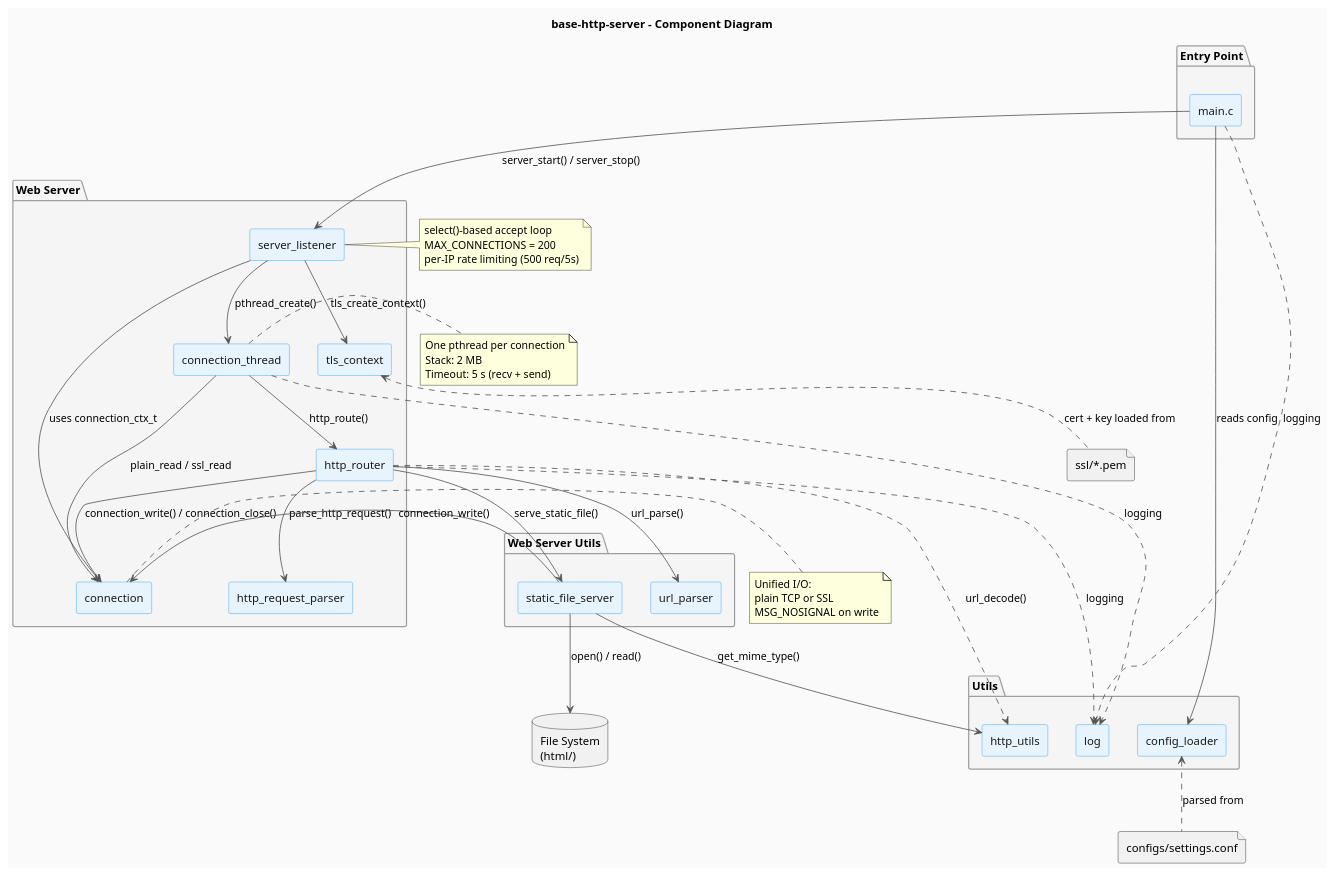
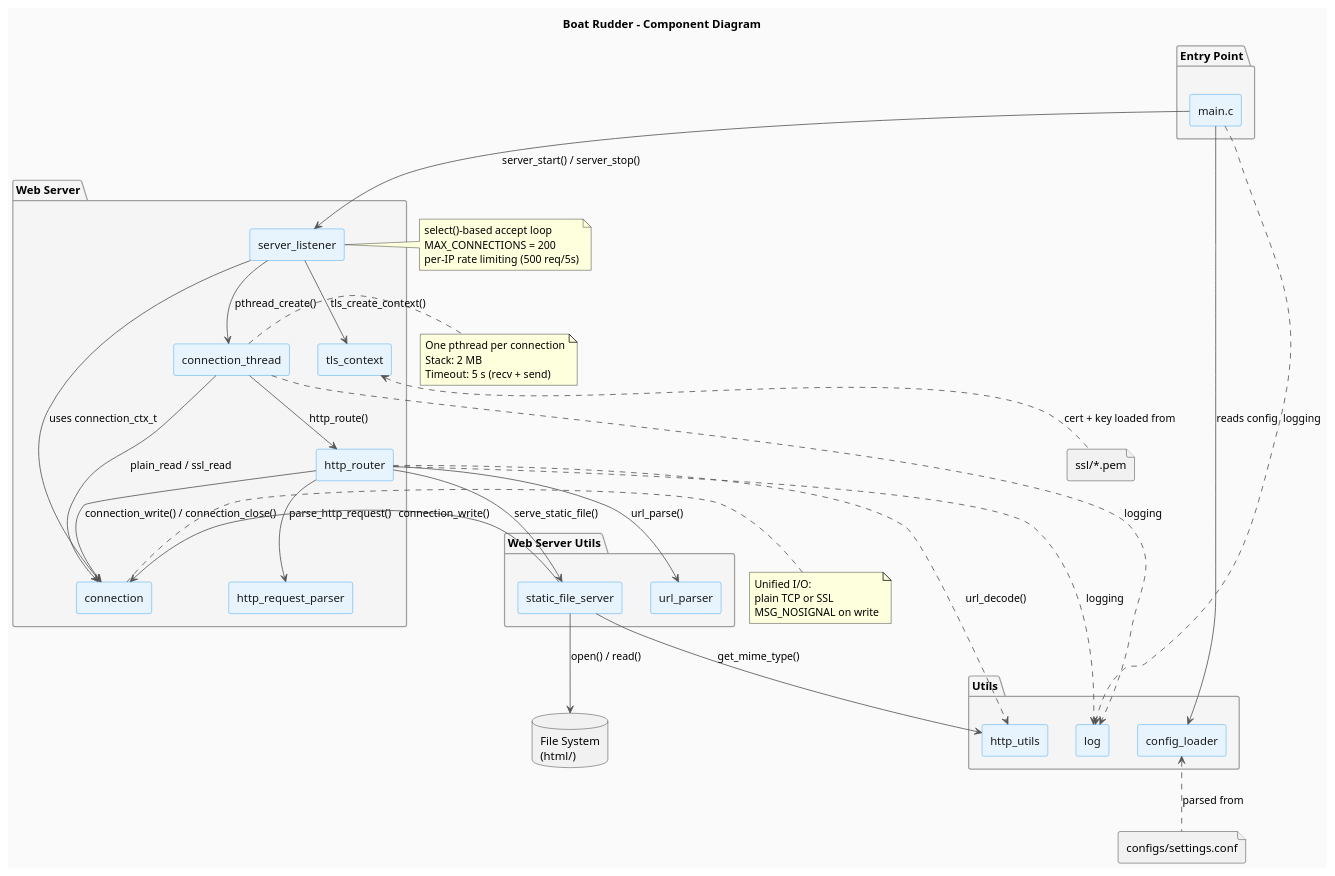
Before and after one commit to jpablotoledom/boat-rudder: the diagram in develop_docs/diagrams/components.puml, drawn with PlantUML. The commit also changed 109 other files, not shown here.

```diff
--- a/develop_docs/diagrams/components.puml
+++ b/develop_docs/diagrams/components.puml
@@ -1,98 +1,98 @@
 @startuml components
 
-title base-http-server - Component Diagram
+title Boat Rudder - Component Diagram
 
 skinparam componentStyle rectangle
 skinparam backgroundColor #FAFAFA
 skinparam component {
     BackgroundColor #E8F4FD
     BorderColor #2196F3
     FontColor #1A1A1A
 }
 skinparam package {
     BackgroundColor #F5F5F5
     BorderColor #9E9E9E
 }
 skinparam arrow {
     Color #555555
 }
 
 package "Entry Point" {
     [main.c] as MAIN
 }
 
 package "Web Server" {
     [server_listener] as SS
     [connection_thread] as CT
     [connection] as CONN
     [tls_context] as TLS
     [http_router] as RH
     [http_request_parser] as PARSER
 }
 
 package "Web Server Utils" {
     [static_file_server] as SH
     [url_parser] as SPLIT
 }
 
 package "Utils" {
     [config_loader] as CONFIG
     [log] as LOG
     [http_utils] as SU
 }
 
 database "File System\n(html/)" as FS
 file "configs/settings.conf" as CFGFILE
 file "ssl/*.pem" as SSLFILES
 
 ' Entry point relations
 MAIN --> CONFIG : reads config
 MAIN --> SS : server_start() / server_stop()
 MAIN ..> LOG : logging
 
 ' Server startup
 SS --> CONN : uses connection_ctx_t
 SS --> TLS : tls_create_context()
 SS --> CT : pthread_create()
 
 ' Connection thread
 CT --> CONN : plain_read / ssl_read
 CT --> RH : http_route()
 CT ..> LOG : logging
 
 ' Request handling
 RH --> PARSER : parse_http_request()
 RH --> SPLIT : url_parse()
 RH --> SH : serve_static_file()
 RH --> CONN : connection_write() / connection_close()
 RH ..> SU : url_decode()
 RH ..> LOG : logging
 
 ' Static handler
 SH --> CONN : connection_write()
 SH --> SU : get_mime_type()
 SH --> FS : open() / read()
 
 ' External config & ssl
 CONFIG <.. CFGFILE : parsed from
 TLS <.. SSLFILES : cert + key loaded from
 
 note right of SS
   select()-based accept loop
   MAX_CONNECTIONS = 200
   per-IP rate limiting (500 req/5s)
 end note
 
 note right of CT
   One pthread per connection
   Stack: 2 MB
   Timeout: 5 s (recv + send)
 end note
 
 note right of CONN
   Unified I/O:
   plain TCP or SSL
   MSG_NOSIGNAL on write
 end note
 
 @enduml
```
